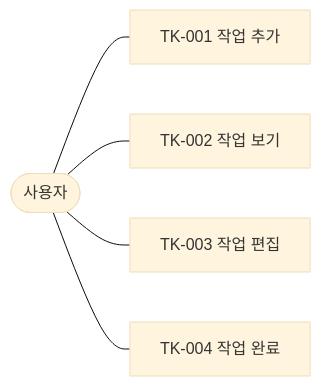
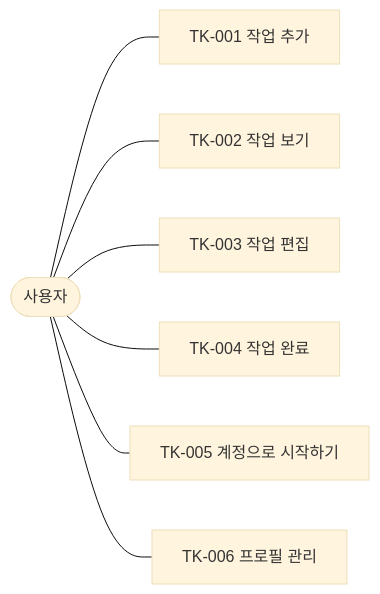
The diagram in docs/1.analysis/유스케이스-모델.md (dev-goraebap/gentask), drawn with Mermaid (base theme) before and after one commit. The commit also changed other lines of this file and 25 other files, not shown here.

````diff
--- a/docs/1.analysis/유스케이스-모델.md
+++ b/docs/1.analysis/유스케이스-모델.md
@@ -45,12 +47,16 @@
 ```mermaid
 graph LR
   U([사용자])
   UC1[TK-001 작업 추가]
   UC2[TK-002 작업 보기]
   UC3[TK-003 작업 편집]
   UC4[TK-004 작업 완료]
+  UC5[TK-005 계정으로 시작하기]
+  UC6[TK-006 프로필 관리]
   U --- UC1
   U --- UC2
   U --- UC3
   U --- UC4
+  U --- UC5
+  U --- UC6
 ```
````
